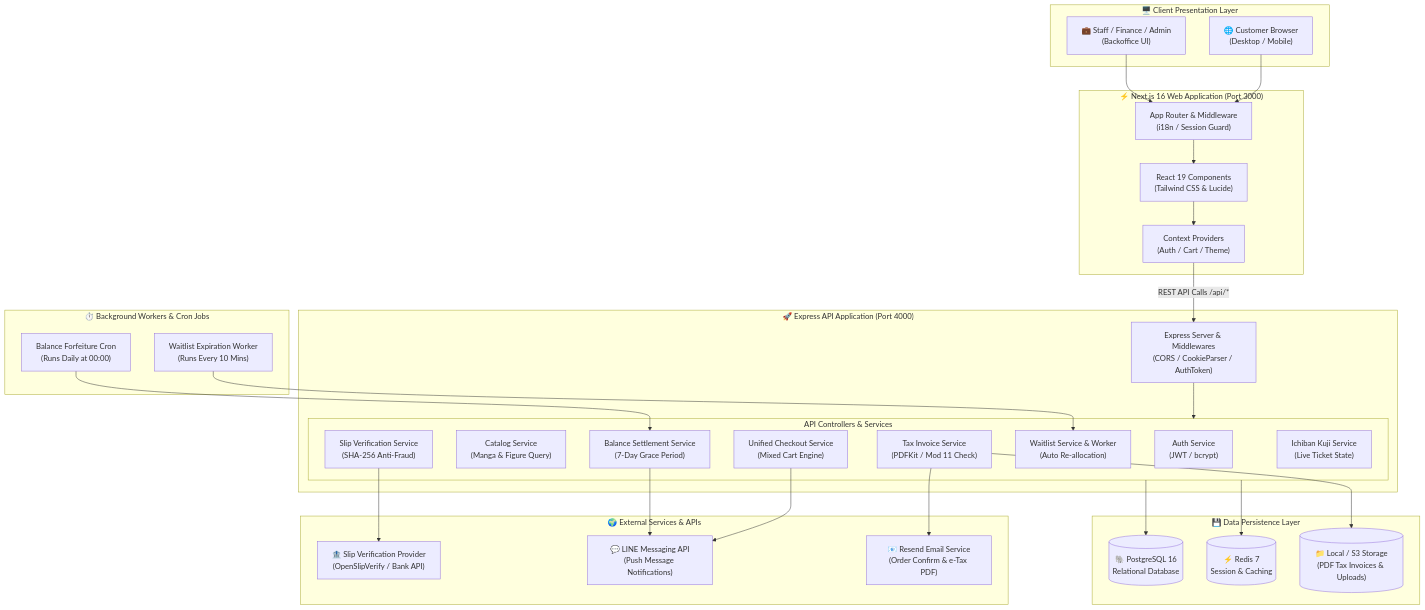
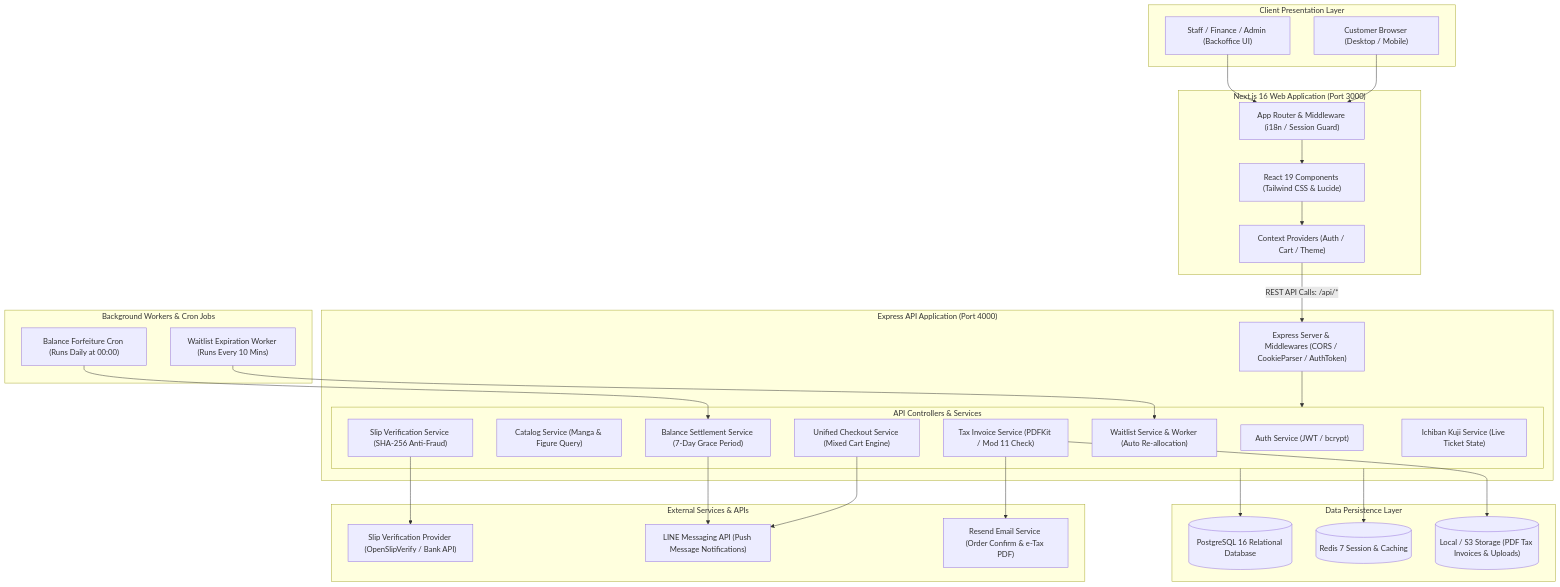
Before and after one commit to siradechsri-ux/manga-collectibles-store: the second of 13 diagrams in SYSTEM_ANALYSIS.md, drawn with Mermaid. The commit also changed other lines of this file and 7 other files, not shown here.

````diff
--- a/SYSTEM_ANALYSIS.md
+++ b/SYSTEM_ANALYSIS.md
@@ -196,64 +196,64 @@
 ```mermaid
-graph TB
-    subgraph ClientLayer["🖥️ Client Presentation Layer"]
-        WebUser["🌐 Customer Browser<br/>(Desktop / Mobile)"]
-        BackofficeUser["💼 Staff / Finance / Admin<br/>(Backoffice UI)"]
+flowchart TB
+    subgraph ClientLayer["Client Presentation Layer"]
+        WebUser["Customer Browser (Desktop / Mobile)"]
+        BackofficeUser["Staff / Finance / Admin (Backoffice UI)"]
     end
 
-    subgraph FrontendApp["⚡ Next.js 16 Web Application (Port 3000)"]
-        NextRouter["App Router & Middleware<br/>(i18n / Session Guard)"]
-        ReactUI["React 19 Components<br/>(Tailwind CSS & Lucide)"]
-        ClientContext["Context Providers<br/>(Auth / Cart / Theme)"]
+    subgraph FrontendApp["Next.js 16 Web Application (Port 3000)"]
+        NextRouter["App Router & Middleware (i18n / Session Guard)"]
+        ReactUI["React 19 Components (Tailwind CSS & Lucide)"]
+        ClientContext["Context Providers (Auth / Cart / Theme)"]
     end
 
-    subgraph BackendAPI["🚀 Express API Application (Port 4000)"]
-        ExpressApp["Express Server & Middlewares<br/>(CORS / CookieParser / AuthToken)"]
+    subgraph BackendAPI["Express API Application (Port 4000)"]
+        ExpressApp["Express Server & Middlewares (CORS / CookieParser / AuthToken)"]
         
         subgraph Controllers["API Controllers & Services"]
-            AuthCtrl["Auth Service<br/>(JWT / bcrypt)"]
-            CatalogCtrl["Catalog Service<br/>(Manga & Figure Query)"]
-            CheckoutCtrl["Unified Checkout Service<br/>(Mixed Cart Engine)"]
-            SlipCtrl["Slip Verification Service<br/>(SHA-256 Anti-Fraud)"]
-            BalanceCtrl["Balance Settlement Service<br/>(7-Day Grace Period)"]
-            WaitlistCtrl["Waitlist Service & Worker<br/>(Auto Re-allocation)"]
-            TaxCtrl["Tax Invoice Service<br/>(PDFKit / Mod 11 Check)"]
-            KujiCtrl["Ichiban Kuji Service<br/>(Live Ticket State)"]
+            AuthCtrl["Auth Service (JWT / bcrypt)"]
+            CatalogCtrl["Catalog Service (Manga & Figure Query)"]
+            CheckoutCtrl["Unified Checkout Service (Mixed Cart Engine)"]
+            SlipCtrl["Slip Verification Service (SHA-256 Anti-Fraud)"]
+            BalanceCtrl["Balance Settlement Service (7-Day Grace Period)"]
+            WaitlistCtrl["Waitlist Service & Worker (Auto Re-allocation)"]
+            TaxCtrl["Tax Invoice Service (PDFKit / Mod 11 Check)"]
+            KujiCtrl["Ichiban Kuji Service (Live Ticket State)"]
         end
     end
 
-    subgraph WorkerLayer["⏱️ Background Workers & Cron Jobs"]
-        ForfeitureCron["Balance Forfeiture Cron<br/>(Runs Daily at 00:00)"]
-        WaitlistWorker["Waitlist Expiration Worker<br/>(Runs Every 10 Mins)"]
+    subgraph WorkerLayer["Background Workers & Cron Jobs"]
+        ForfeitureCron["Balance Forfeiture Cron (Runs Daily at 00:00)"]
+        WaitlistWorker["Waitlist Expiration Worker (Runs Every 10 Mins)"]
     end
 
-    subgraph PersistenceLayer["💾 Data Persistence Layer"]
-        PostgresDB[("🐘 PostgreSQL 16<br/>Relational Database")]
-        RedisStore[("⚡ Redis 7<br/>Session & Caching")]
-        FileStorage[("📁 Local / S3 Storage<br/>(PDF Tax Invoices & Uploads)")]
+    subgraph PersistenceLayer["Data Persistence Layer"]
+        PostgresDB[("PostgreSQL 16 Relational Database")]
+        RedisStore[("Redis 7 Session & Caching")]
+        FileStorage[("Local / S3 Storage (PDF Tax Invoices & Uploads)")]
     end
 
-    subgraph ExternalServices["🌍 External Services & APIs"]
-        SlipProvider["🏦 Slip Verification Provider<br/>(OpenSlipVerify / Bank API)"]
-        LineNotify["💬 LINE Messaging API<br/>(Push Message Notifications)"]
-        ResendMail["📧 Resend Email Service<br/>(Order Confirm & e-Tax PDF)"]
+    subgraph ExternalServices["External Services & APIs"]
+        SlipProvider["Slip Verification Provider (OpenSlipVerify / Bank API)"]
+        LineNotify["LINE Messaging API (Push Message Notifications)"]
+        ResendMail["Resend Email Service (Order Confirm & e-Tax PDF)"]
     end
 
     WebUser --> NextRouter
     BackofficeUser --> NextRouter
     NextRouter --> ReactUI
     ReactUI --> ClientContext
-    ClientContext -->|REST API Calls /api/*| ExpressApp
+    ClientContext -->|"REST API Calls: /api/*"| ExpressApp
 
     ExpressApp --> Controllers
     Controllers --> PostgresDB
     Controllers --> RedisStore
     TaxCtrl --> FileStorage
 
     ForfeitureCron --> BalanceCtrl
     WaitlistWorker --> WaitlistCtrl
 
     SlipCtrl --> SlipProvider
     CheckoutCtrl --> LineNotify
     BalanceCtrl --> LineNotify
     TaxCtrl --> ResendMail
 ```
````
